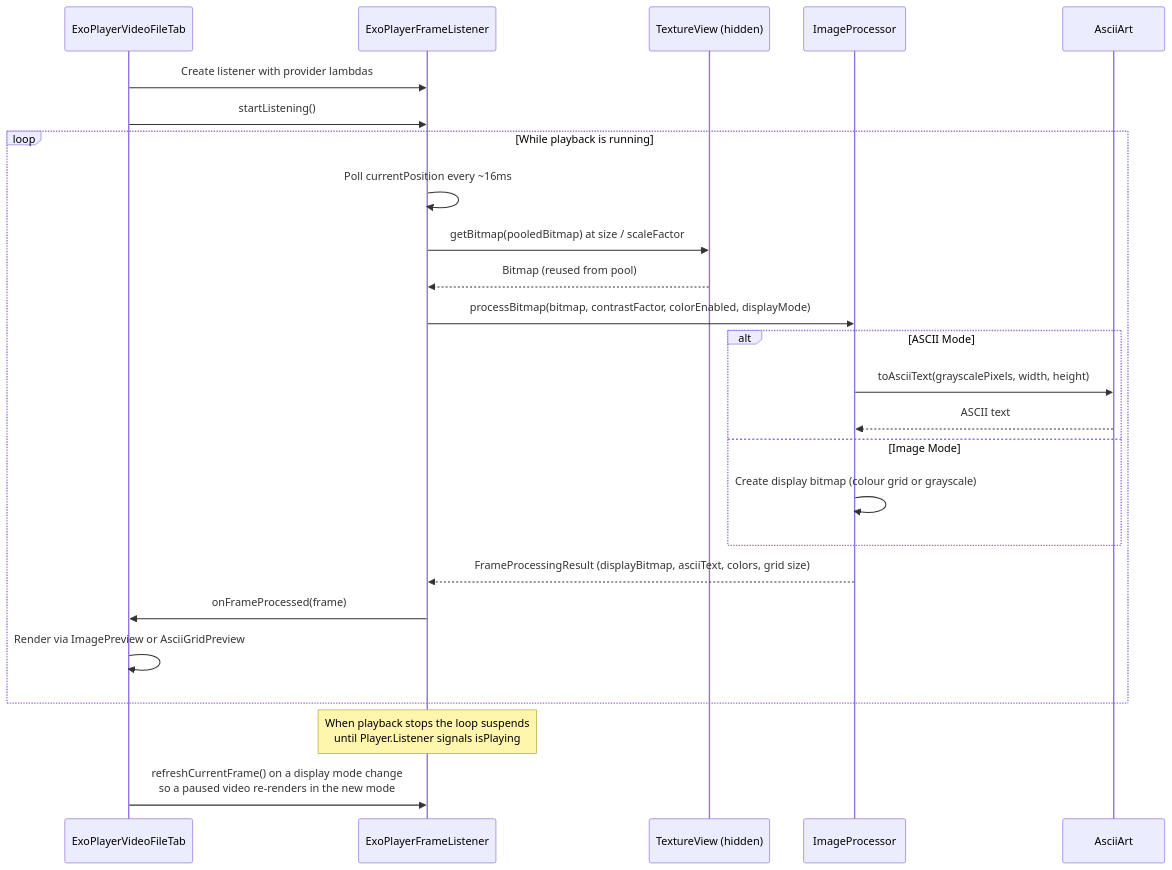
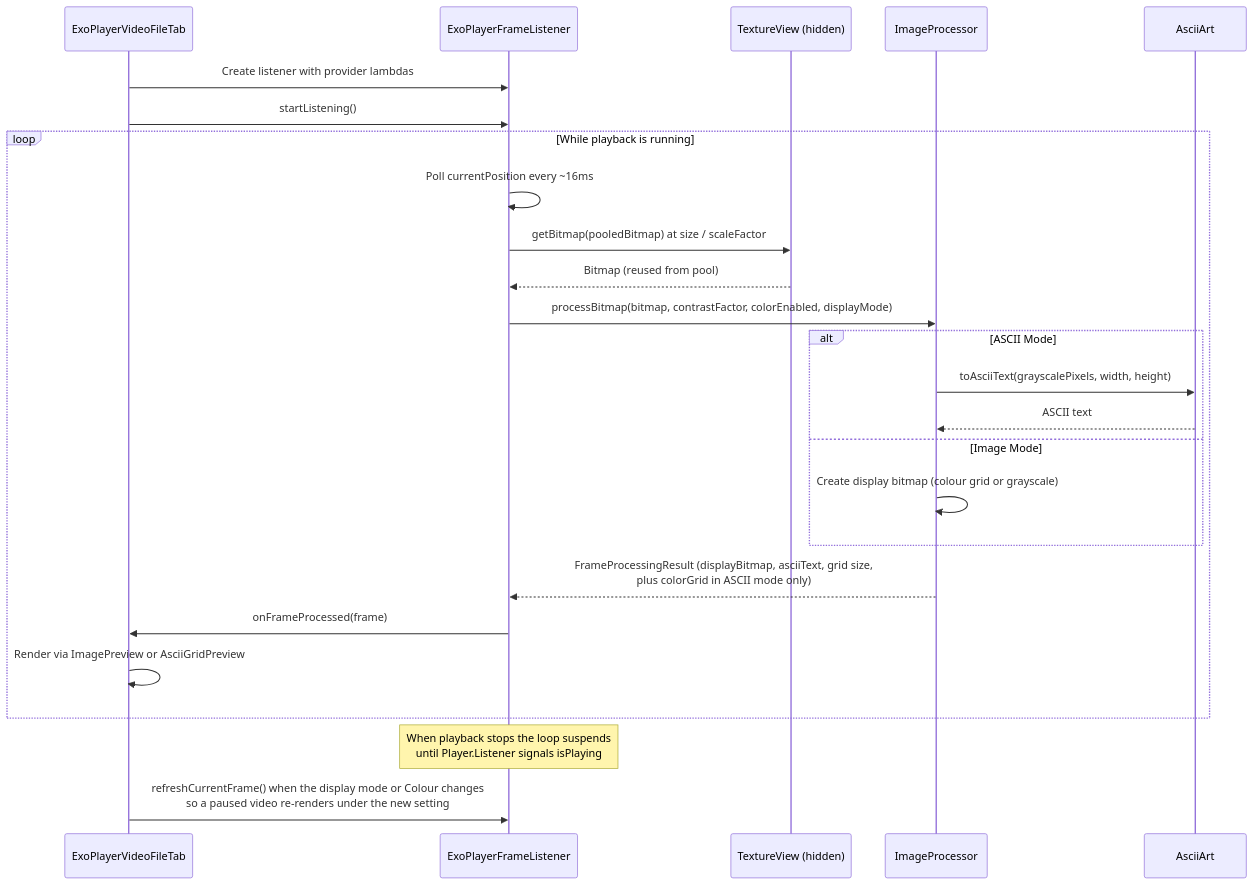
The diagram in docs/sequence-video-file.mmd (replicant1/AsciiArt), drawn with Mermaid before and after one commit. The commit also changed 6 other files, not shown here.

First line of the commit message:
Correct three claims the sequence diagrams got wrong

```diff
--- a/docs/sequence-video-file.mmd
+++ b/docs/sequence-video-file.mmd
@@ -1,26 +1,26 @@
 sequenceDiagram
     participant UI as ExoPlayerVideoFileTab
     participant EFL as ExoPlayerFrameListener
     participant TV as TextureView (hidden)
     participant IP as ImageProcessor
     participant AA as AsciiArt
 
     UI->>EFL: Create listener with provider lambdas
     UI->>EFL: startListening()
     loop While playback is running
         EFL->>EFL: Poll currentPosition every ~16ms
         EFL->>TV: getBitmap(pooledBitmap) at size / scaleFactor
         TV-->>EFL: Bitmap (reused from pool)
         EFL->>IP: processBitmap(bitmap, contrastFactor, colorEnabled, displayMode)
         alt ASCII Mode
             IP->>AA: toAsciiText(grayscalePixels, width, height)
             AA-->>IP: ASCII text
         else Image Mode
             IP->>IP: Create display bitmap (colour grid or grayscale)
         end
-        IP-->>EFL: FrameProcessingResult (displayBitmap, asciiText, colors, grid size)
+        IP-->>EFL: FrameProcessingResult (displayBitmap, asciiText, grid size,<br/>plus colorGrid in ASCII mode only)
         EFL->>UI: onFrameProcessed(frame)
         UI->>UI: Render via ImagePreview or AsciiGridPreview
     end
     Note over EFL: When playback stops the loop suspends<br/>until Player.Listener signals isPlaying
-    UI->>EFL: refreshCurrentFrame() on a display mode change<br/>so a paused video re-renders in the new mode
+    UI->>EFL: refreshCurrentFrame() when the display mode or Colour changes<br/>so a paused video re-renders under the new setting
```
